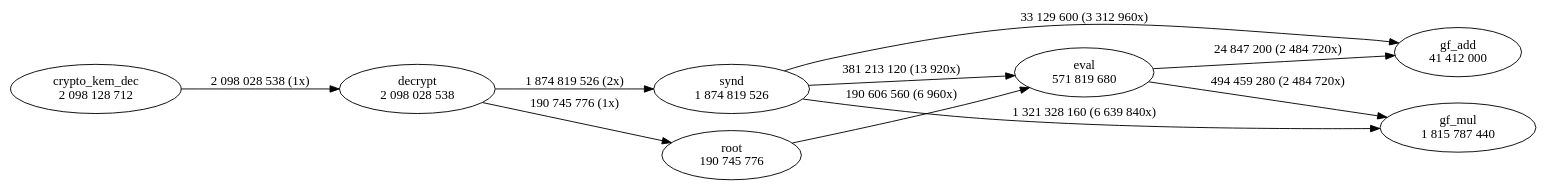
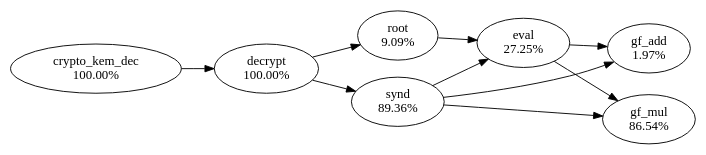
One commit to profiling-pqc-kem-thesis/data changed the diagram in classic-mceliece/hot-paths/6960119f/crypto_kem_dec.dot. Above: the diagram before and after it, drawn with Graphviz. The commit also changed 12 other files, not shown here.

```diff
--- a/classic-mceliece/hot-paths/6960119f/crypto_kem_dec.dot
+++ b/classic-mceliece/hot-paths/6960119f/crypto_kem_dec.dot
@@ -1,19 +1,19 @@
 digraph "callgraph" {
   rankdir=LR;
-  F556255f788b0 [label="decrypt\n2 098 028 538"];
-  F556255f79a60 [label="synd\n1 874 819 526"];
-  F556255f7aa50 [label="root\n190 745 776"];
-  F556255f9d510 [label="gf_mul\n1 815 787 440"];
-  F55625607f090 [label="eval\n571 819 680"];
-  F55625607f840 [label="gf_add\n41 412 000"];
-  F55625609c4b0 [label="crypto_kem_dec\n2 098 128 712"];
-  F556255f788b0 -> F556255f79a60 [weight=3,label="1 874 819 526 (2x)"];
-  F556255f788b0 -> F556255f7aa50 [weight=2,label="190 745 776 (1x)"];
-  F556255f79a60 -> F556255f9d510 [weight=3,label="1 321 328 160 (6 639 840x)"];
-  F556255f79a60 -> F55625607f090 [weight=2,label="381 213 120 (13 920x)"];
-  F556255f79a60 -> F55625607f840 [weight=2,label="33 129 600 (3 312 960x)"];
-  F556255f7aa50 -> F55625607f090 [weight=2,label="190 606 560 (6 960x)"];
-  F55625607f090 -> F556255f9d510 [weight=2,label="494 459 280 (2 484 720x)"];
-  F55625607f090 -> F55625607f840 [weight=2,label="24 847 200 (2 484 720x)"];
-  F55625609c4b0 -> F556255f788b0 [weight=3,label="2 098 028 538 (1x)"];
+  F556255f788b0 [label="decrypt\n100.00%"];
+  F556255f79a60 [label="synd\n89.36%"];
+  F556255f7aa50 [label="root\n9.09%"];
+  F556255f9d510 [label="gf_mul\n86.54%"];
+  F55625607f090 [label="eval\n27.25%"];
+  F55625607f840 [label="gf_add\n1.97%"];
+  F55625609c4b0 [label="crypto_kem_dec\n100.00%"];
+  F556255f788b0 -> F556255f79a60
+  F556255f788b0 -> F556255f7aa50
+  F556255f79a60 -> F556255f9d510
+  F556255f79a60 -> F55625607f090
+  F556255f79a60 -> F55625607f840
+  F556255f7aa50 -> F55625607f090
+  F55625607f090 -> F556255f9d510
+  F55625607f090 -> F55625607f840
+  F55625609c4b0 -> F556255f788b0
 }
```
